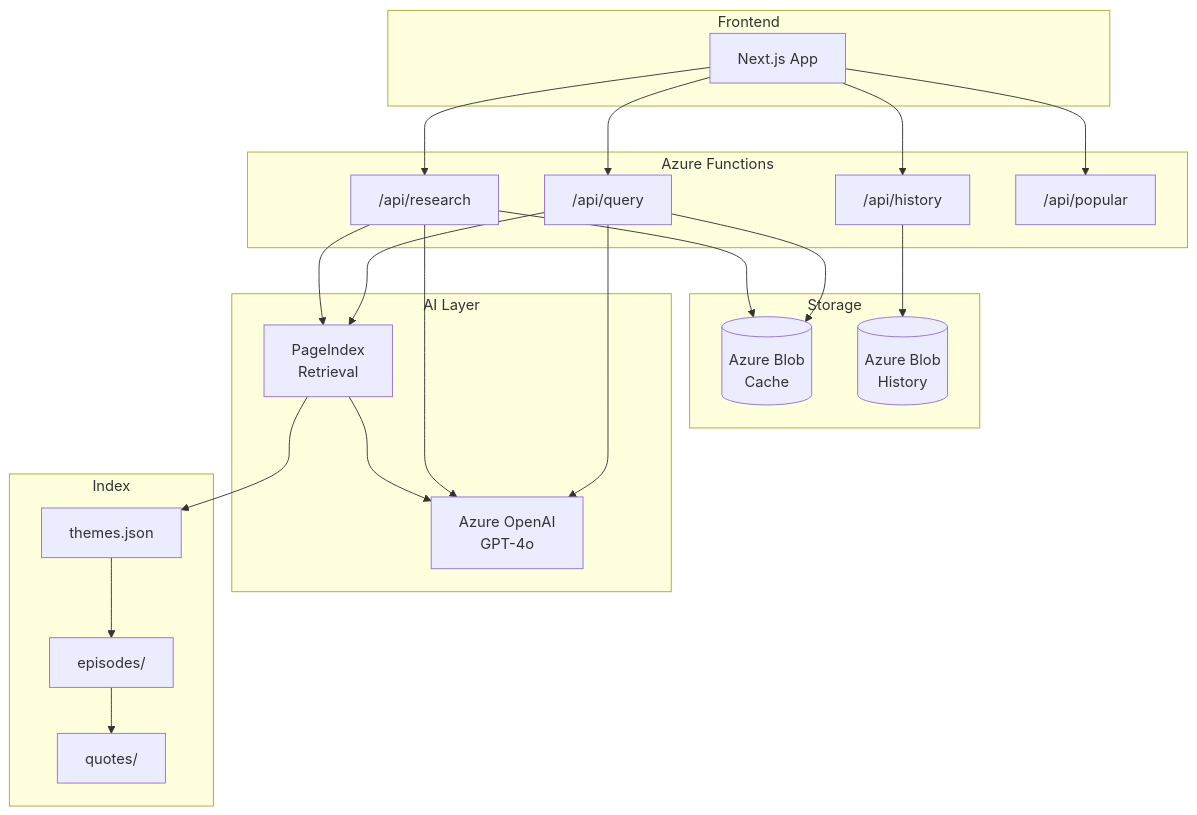
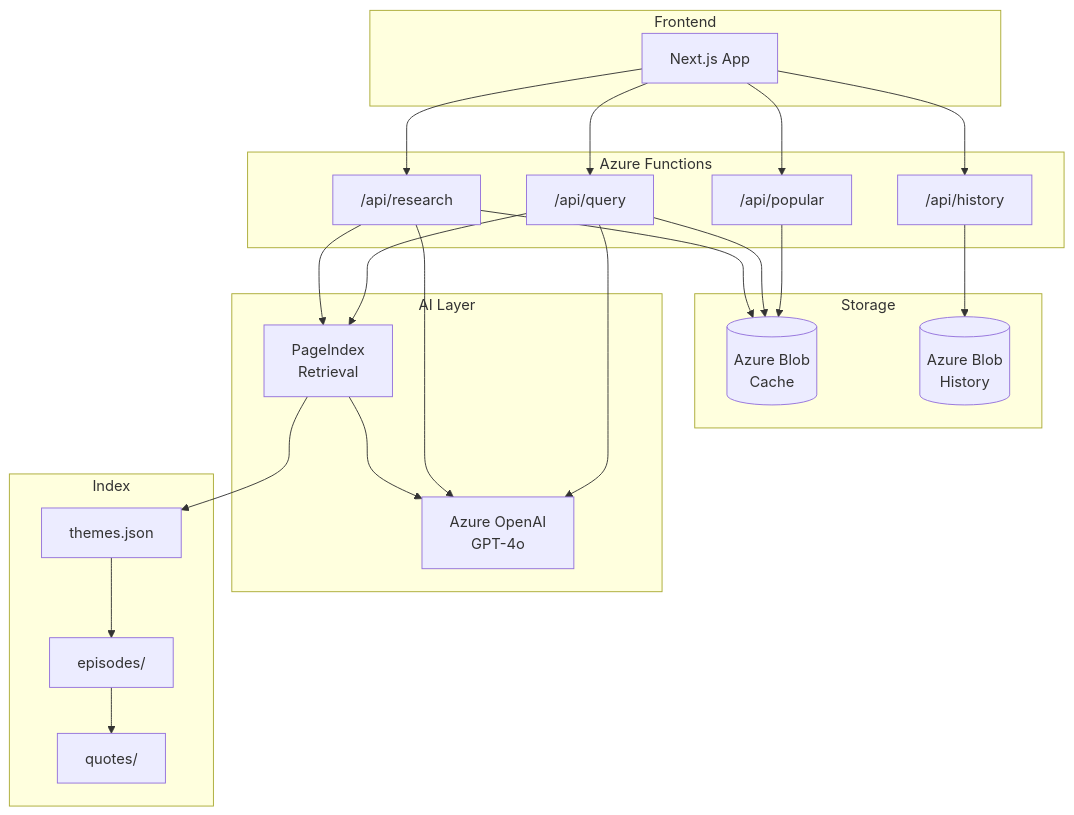
One commit to souravpoddar001/lenny-research-bot changed the first of 4 diagrams in README.md. Above: the diagram before and after it, drawn with Mermaid.

Commit message:
fix(docs): connect /api/popular to cache storage in diagram
The popular endpoint reads from the cache container to retrieve
queries ranked by access_count.

````diff
--- a/README.md
+++ b/README.md
@@ -50,37 +50,38 @@
 ```mermaid
 flowchart TB
     subgraph Frontend
         A[Next.js App]
     end
 
     subgraph Azure Functions
         B["/api/research"]
         C["/api/query"]
         D["/api/history"]
         E["/api/popular"]
     end
 
     subgraph Storage
         F[(Azure Blob<br/>Cache)]
         G[(Azure Blob<br/>History)]
     end
 
     subgraph AI Layer
         H[PageIndex<br/>Retrieval]
         I[Azure OpenAI<br/>GPT-4o]
     end
 
     subgraph Index
         J["themes.json"]
         K["episodes/"]
         L["quotes/"]
     end
 
     A --> B & C & D & E
     B & C --> F
     D --> G
+    E --> F
     B & C --> H
     H --> J --> K --> L
     H --> I
     B & C --> I
 ```
````
